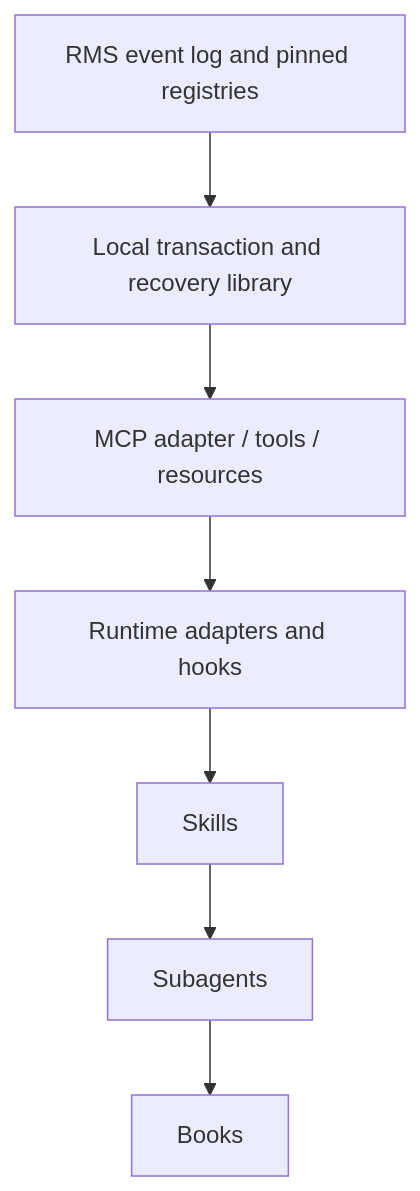
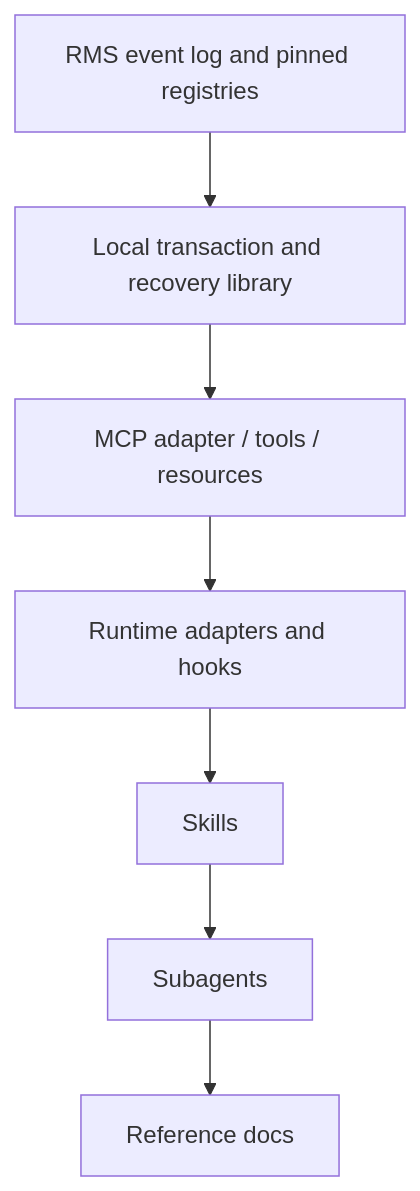
The second of 16 diagrams in docs/propositions/pipeline-fractal-v4-final-proposal/08-architecture-generale.md (momomuchu/hima), drawn with Mermaid before and after one commit. The commit also changed other lines of this file and 162 other files, not shown here.

````diff
--- a/docs/propositions/pipeline-fractal-v4-final-proposal/08-architecture-generale.md
+++ b/docs/propositions/pipeline-fractal-v4-final-proposal/08-architecture-generale.md
@@ -77,12 +77,12 @@
 ```mermaid
 flowchart TD
   A[RMS event log and pinned registries]
   B[Local transaction and recovery library]
   C[MCP adapter / tools / resources]
   D[Runtime adapters and hooks]
   E[Skills]
   F[Subagents]
-  G[Books]
+  G[Reference docs]
 
   A --> B --> C --> D --> E --> F --> G
 ```
````
